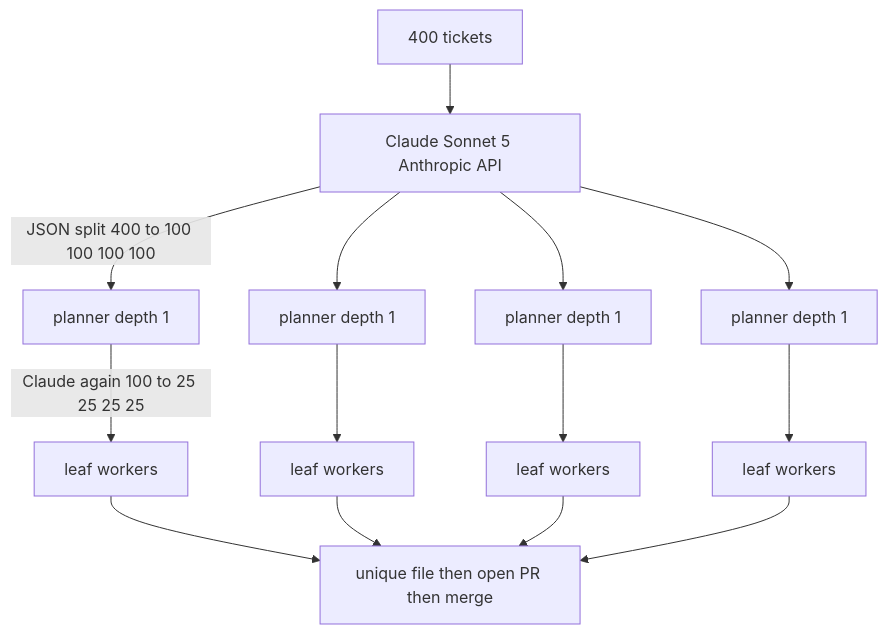
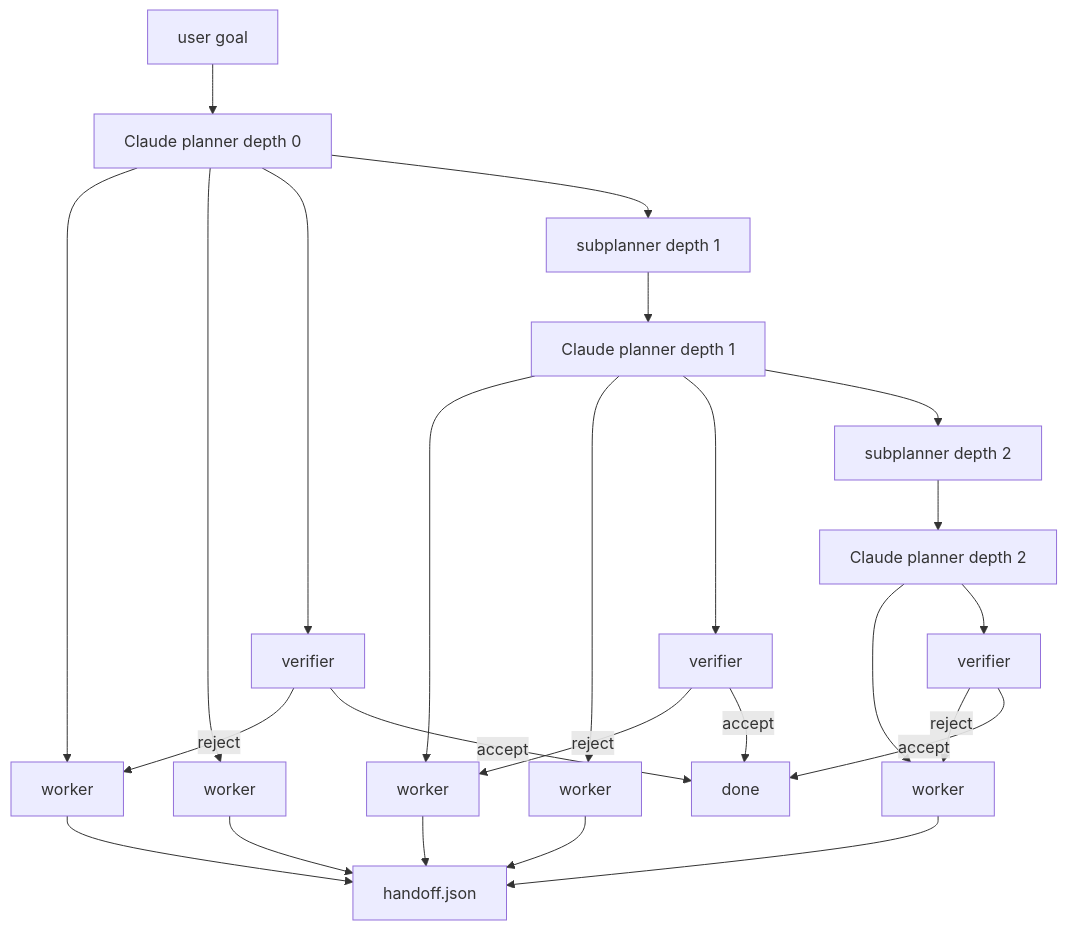
The diagram in README.md (ranjan2829/Alpha-throttle-test), drawn with Mermaid before and after one commit. The commit also changed other lines of this file, not shown here.

Commit message:
Show the recursive Claude planner tree, not a 400-ticket burst

````diff
--- a/README.md
+++ b/README.md
@@ -30,16 +30,27 @@
 ```mermaid
 flowchart TB
-  T[400 tickets] --> C[Claude Sonnet 5 Anthropic API]
-  C -->|JSON split 400 to 100 100 100 100| P1[planner depth 1]
-  C --> P2[planner depth 1]
-  C --> P3[planner depth 1]
-  C --> P4[planner depth 1]
-  P1 -->|Claude again 100 to 25 25 25 25| L1[leaf workers]
-  P2 --> L2[leaf workers]
-  P3 --> L3[leaf workers]
-  P4 --> L4[leaf workers]
-  L1 --> W[unique file then open PR then merge]
-  L2 --> W
-  L3 --> W
-  L4 --> W
+  G[user goal] --> R[Claude planner depth 0]
+  R --> W1[worker]
+  R --> W2[worker]
+  R --> V[verifier]
+  R --> S1[subplanner depth 1]
+  S1 --> R2[Claude planner depth 1]
+  R2 --> W3[worker]
+  R2 --> W4[worker]
+  R2 --> V2[verifier]
+  R2 --> S2[subplanner depth 2]
+  S2 --> R3[Claude planner depth 2]
+  R3 --> W5[worker]
+  R3 --> V3[verifier]
+  W1 --> H[handoff.json]
+  W2 --> H
+  W3 --> H
+  W4 --> H
+  W5 --> H
+  V -->|reject| W1
+  V2 -->|reject| W3
+  V3 -->|reject| W5
+  V -->|accept| D[done]
+  V2 -->|accept| D
+  V3 -->|accept| D
 ```
````
